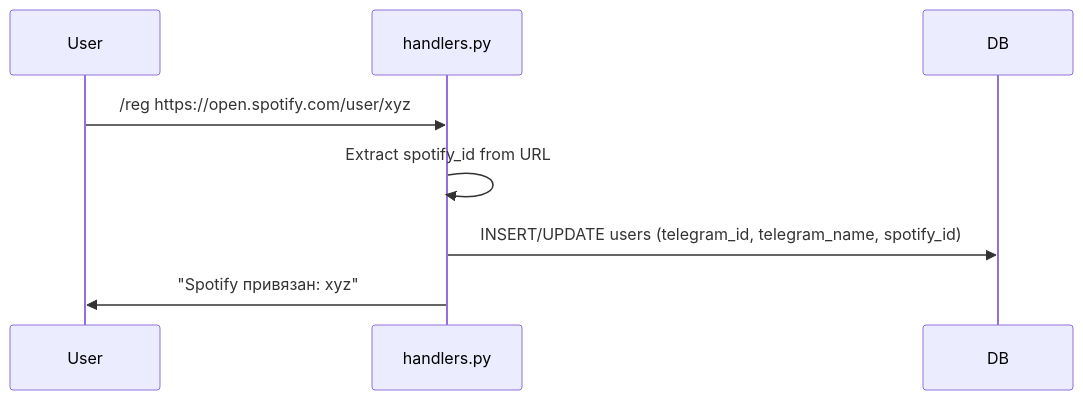
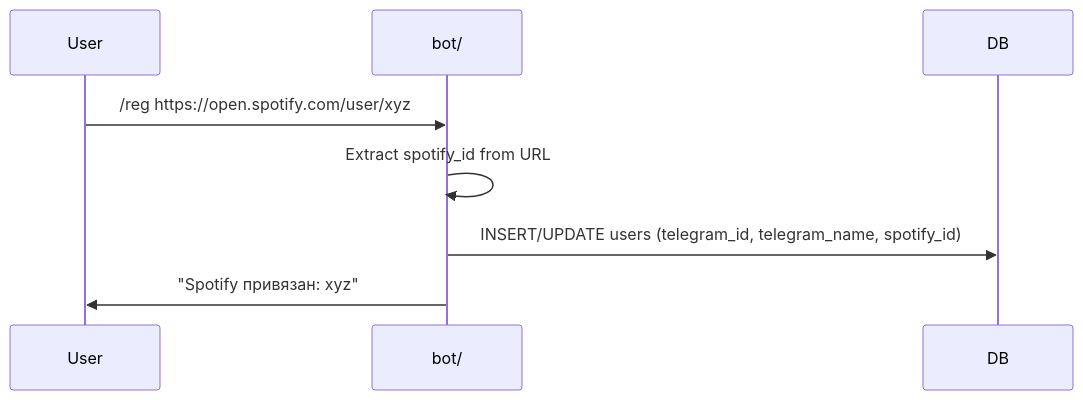
Before and after one commit to ndomanovskiy/maspotifybot: the sixth of 8 diagrams in docs/architecture/03-flows.md, drawn with Mermaid. The commit also changed other lines of this file and 6 other files, not shown here.

First line of the commit message:
Phase 6: Update architecture docs for new module structure

````diff
--- a/docs/architecture/03-flows.md
+++ b/docs/architecture/03-flows.md
@@ -253,11 +265,11 @@
 ```mermaid
 sequenceDiagram
     participant User
-    participant Bot as handlers.py
+    participant Bot as bot/
     participant DB
 
     User->>Bot: /reg https://open.spotify.com/user/xyz
     Bot->>Bot: Extract spotify_id from URL
     Bot->>DB: INSERT/UPDATE users (telegram_id, telegram_name, spotify_id)
     Bot->>User: "Spotify привязан: xyz"
 ```
````
